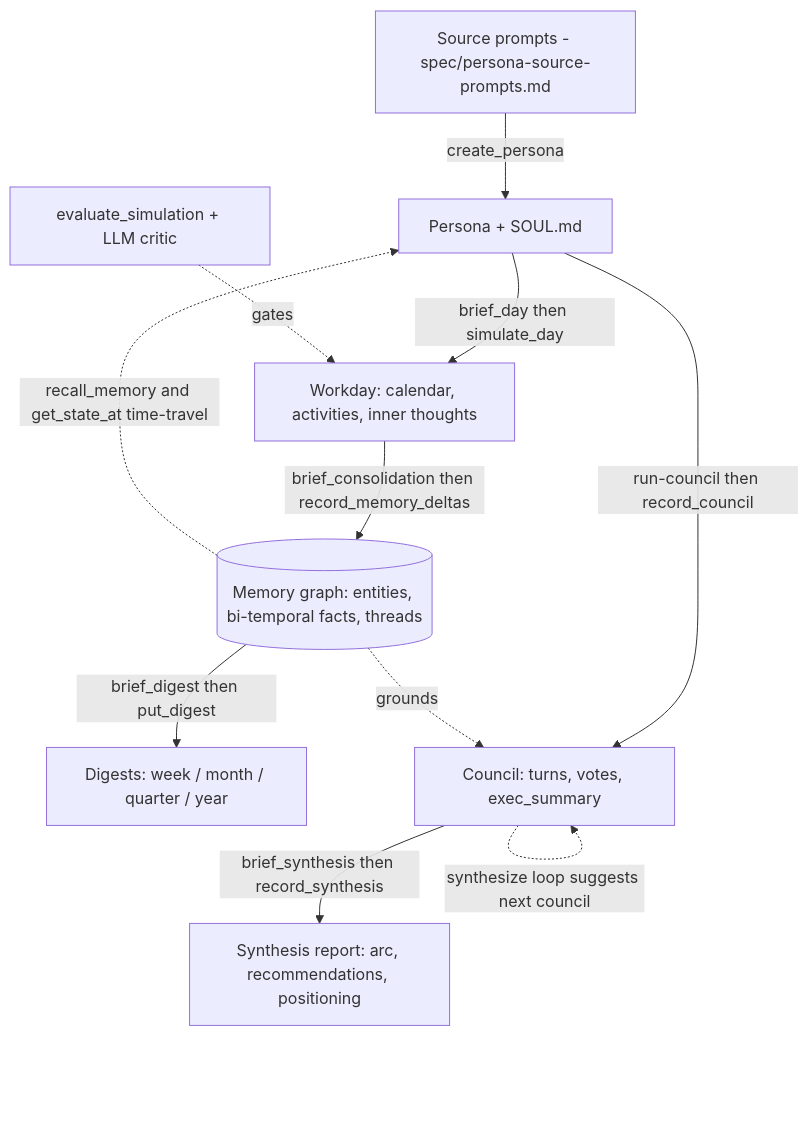
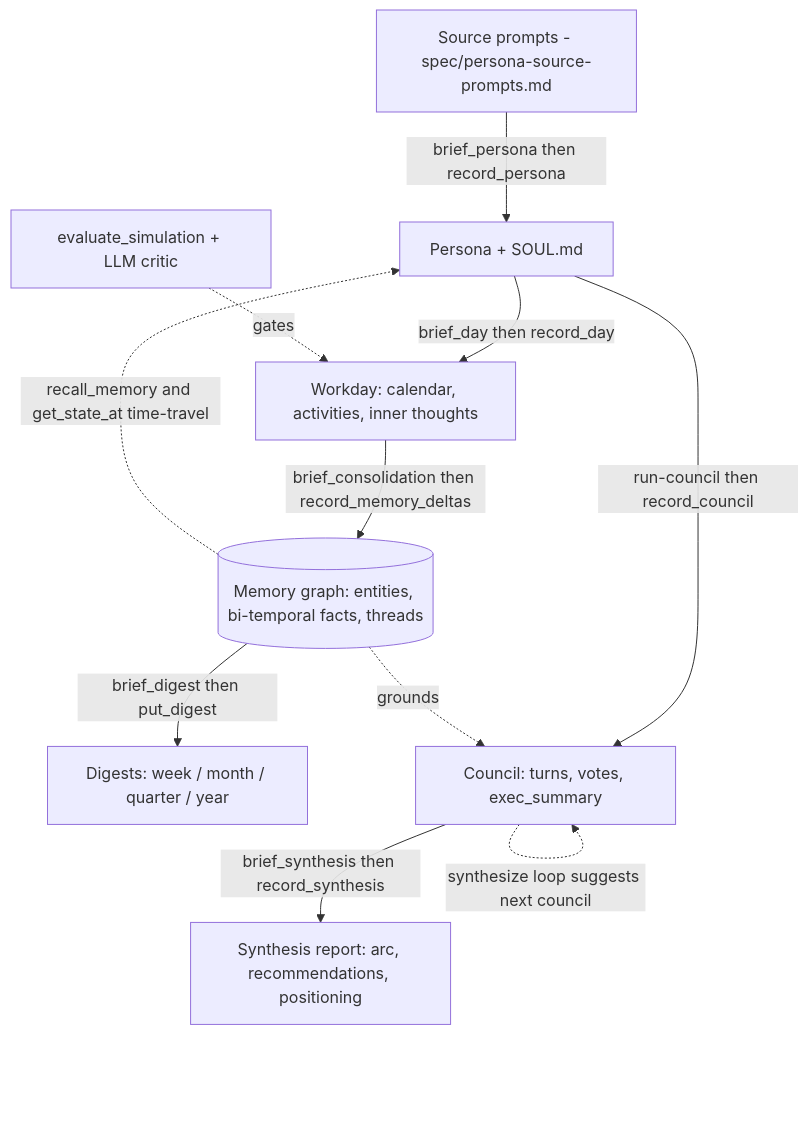
Before and after one commit to jhoetter/persona-council: the first of 3 diagrams in README.md, drawn with Mermaid. The commit also changed other lines of this file and 9 other files, not shown here.

````diff
--- a/README.md
+++ b/README.md
@@ -72,13 +72,13 @@
 ```mermaid
 flowchart TD
-  SRC["Source prompts - spec/persona-source-prompts.md"] -->|create_persona| P["Persona + SOUL.md"]
-  P -->|brief_day then simulate_day| D["Workday: calendar, activities, inner thoughts"]
+  SRC["Source prompts - spec/persona-source-prompts.md"] -->|brief_persona then record_persona| P["Persona + SOUL.md"]
+  P -->|brief_day then record_day| D["Workday: calendar, activities, inner thoughts"]
   D -->|brief_consolidation then record_memory_deltas| M[("Memory graph: entities, bi-temporal facts, threads")]
   M -->|brief_digest then put_digest| DG["Digests: week / month / quarter / year"]
   M -.->|recall_memory and get_state_at time-travel| P
   P -->|run-council then record_council| C["Council: turns, votes, exec_summary"]
   M -.->|grounds| C
   C -->|brief_synthesis then record_synthesis| S["Synthesis report: arc, recommendations, positioning"]
   C -.->|synthesize loop suggests next council| C
   EVAL["evaluate_simulation + LLM critic"] -.->|gates| D
 ```
````
